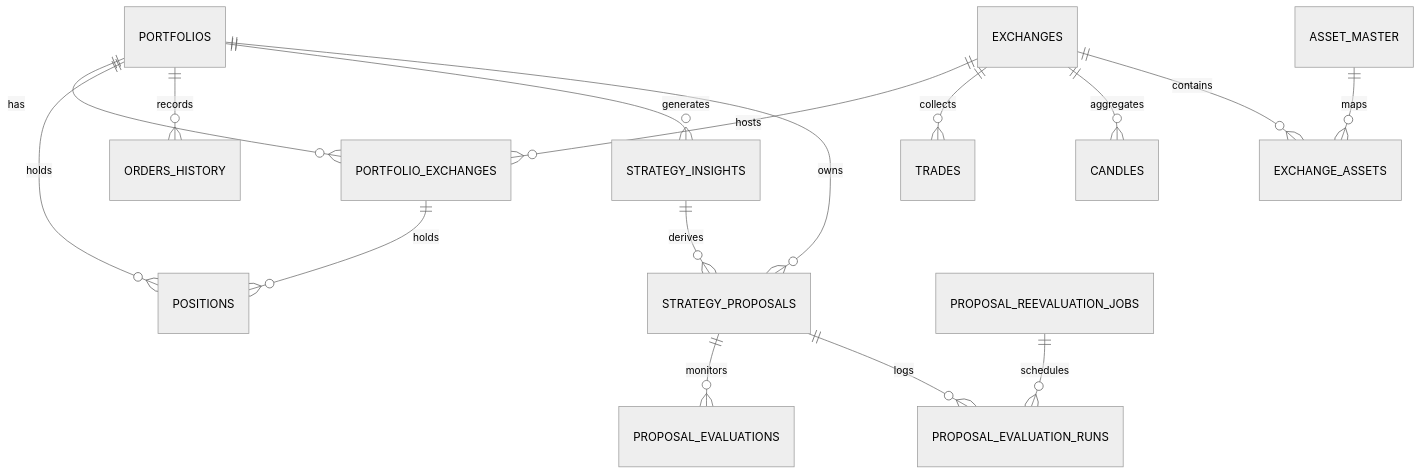
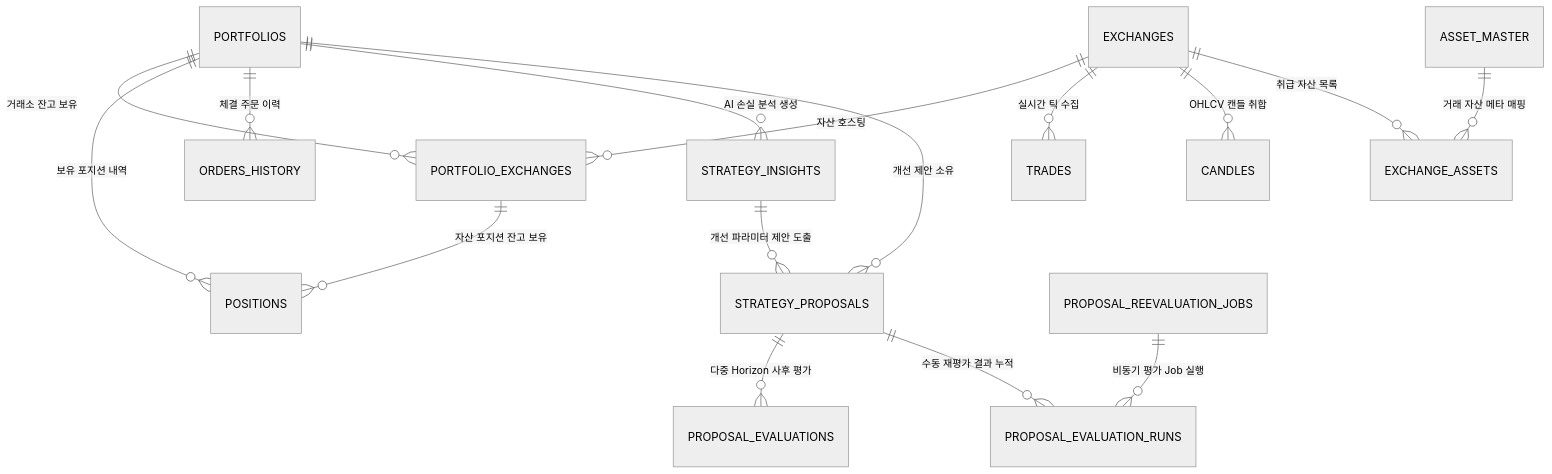
Before and after one commit to yslsoft-ui/ATS: the first of 5 diagrams in docs/erd-specification.md, drawn with Mermaid (neutral theme). The commit also changed other lines of this file, not shown here.

Commit message:
docs: ERD 명세서에 개략적 관계도 테이블 매핑 표 및 한글 세부 제목 추가

````diff
--- a/docs/erd-specification.md
+++ b/docs/erd-specification.md
@@ -13,23 +41,23 @@
 ```mermaid
 erDiagram
-    PORTFOLIOS ||--o{ PORTFOLIO_EXCHANGES : "has"
-    PORTFOLIOS ||--o{ POSITIONS : "holds"
-    PORTFOLIOS ||--o{ ORDERS_HISTORY : "records"
-    PORTFOLIOS ||--o{ STRATEGY_INSIGHTS : "generates"
-    PORTFOLIOS ||--o{ STRATEGY_PROPOSALS : "owns"
+    PORTFOLIOS ||--o{ PORTFOLIO_EXCHANGES : "거래소 잔고 보유"
+    PORTFOLIOS ||--o{ POSITIONS : "보유 포지션 내역"
+    PORTFOLIOS ||--o{ ORDERS_HISTORY : "체결 주문 이력"
+    PORTFOLIOS ||--o{ STRATEGY_INSIGHTS : "AI 손실 분석 생성"
+    PORTFOLIOS ||--o{ STRATEGY_PROPOSALS : "개선 제안 소유"
 
-    EXCHANGES ||--o{ PORTFOLIO_EXCHANGES : "hosts"
-    EXCHANGES ||--o{ TRADES : "collects"
-    EXCHANGES ||--o{ CANDLES : "aggregates"
-    EXCHANGES ||--o{ EXCHANGE_ASSETS : "contains"
+    EXCHANGES ||--o{ PORTFOLIO_EXCHANGES : "자산 호스팅"
+    EXCHANGES ||--o{ TRADES : "실시간 틱 수집"
+    EXCHANGES ||--o{ CANDLES : "OHLCV 캔들 취합"
+    EXCHANGES ||--o{ EXCHANGE_ASSETS : "취급 자산 목록"
     
-    PORTFOLIO_EXCHANGES ||--o{ POSITIONS : "holds"
+    PORTFOLIO_EXCHANGES ||--o{ POSITIONS : "자산 포지션 잔고 보유"
     
-    ASSET_MASTER ||--o{ EXCHANGE_ASSETS : "maps"
+    ASSET_MASTER ||--o{ EXCHANGE_ASSETS : "거래 자산 메타 매핑"
     
-    STRATEGY_INSIGHTS ||--o{ STRATEGY_PROPOSALS : "derives"
-    STRATEGY_PROPOSALS ||--o{ PROPOSAL_EVALUATIONS : "monitors"
-    STRATEGY_PROPOSALS ||--o{ PROPOSAL_EVALUATION_RUNS : "logs"
+    STRATEGY_INSIGHTS ||--o{ STRATEGY_PROPOSALS : "개선 파라미터 제안 도출"
+    STRATEGY_PROPOSALS ||--o{ PROPOSAL_EVALUATIONS : "다중 Horizon 사후 평가"
+    STRATEGY_PROPOSALS ||--o{ PROPOSAL_EVALUATION_RUNS : "수동 재평가 결과 누적"
     
-    PROPOSAL_REEVALUATION_JOBS ||--o{ PROPOSAL_EVALUATION_RUNS : "schedules"
+    PROPOSAL_REEVALUATION_JOBS ||--o{ PROPOSAL_EVALUATION_RUNS : "비동기 평가 Job 실행"
 ```
````
